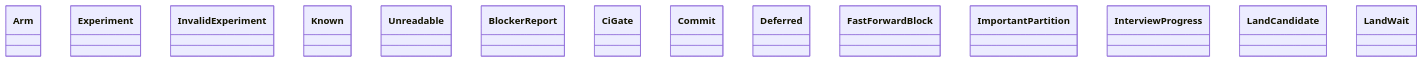
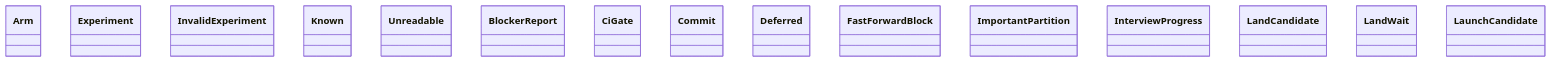
Before and after one commit to GonzaloZevallos/agentic-system: the diagram in docs/architecture/generated/classes-process-domain-state-1.md, drawn with Mermaid. The commit also changed 22 other files, not shown here.

````diff
--- a/docs/architecture/generated/classes-process-domain-state-1.md
+++ b/docs/architecture/generated/classes-process-domain-state-1.md
@@ -25,17 +25,18 @@
 ```mermaid
 classDiagram
     class experiment__Arm["Arm"]
     class experiment__Experiment["Experiment"]
     class experiment__InvalidExperiment["InvalidExperiment"]
     class lead_time__Known["Known"]
     class lead_time__Unreadable["Unreadable"]
     class rules__BlockerReport["BlockerReport"]
     class rules__CiGate["CiGate"]
     class rules__Commit["Commit"]
     class rules__Deferred["Deferred"]
     class rules__FastForwardBlock["FastForwardBlock"]
     class rules__ImportantPartition["ImportantPartition"]
     class rules__InterviewProgress["InterviewProgress"]
     class rules__LandCandidate["LandCandidate"]
     class rules__LandWait["LandWait"]
+    class rules__LaunchCandidate["LaunchCandidate"]
 ```
````
